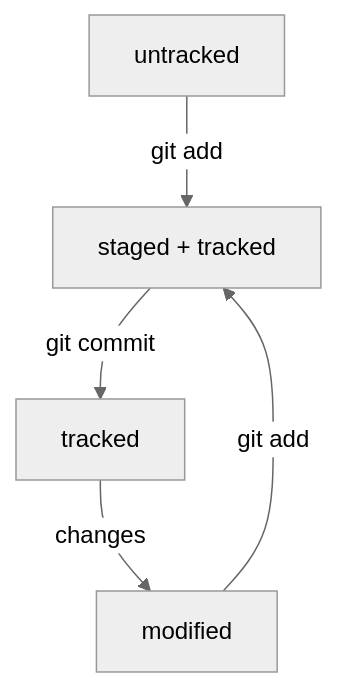
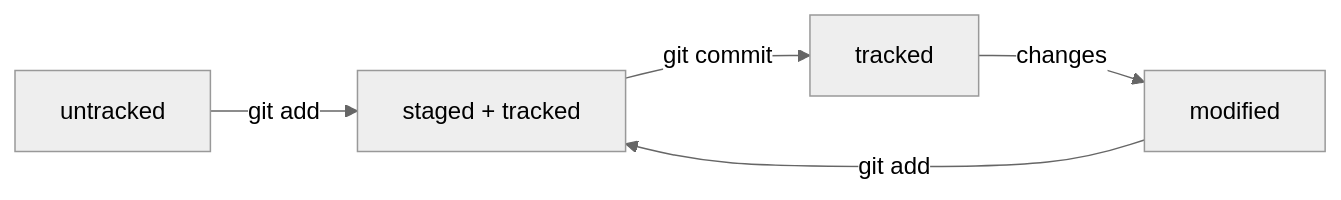
Before and after one commit to aloha-joe/helper: the diagram in README.md, drawn with Mermaid (neutral theme).

Commit message:
update graph type

````diff
--- a/README.md
+++ b/README.md
@@ -59,7 +59,7 @@
 ```mermaid
-flowchart TD
+graph LR
     A[untracked] --git add --> B[staged + tracked];
     B -- git commit --> C[tracked];
     C -- changes --> D[modified];
     D -- git add --> B;
 ```
````
